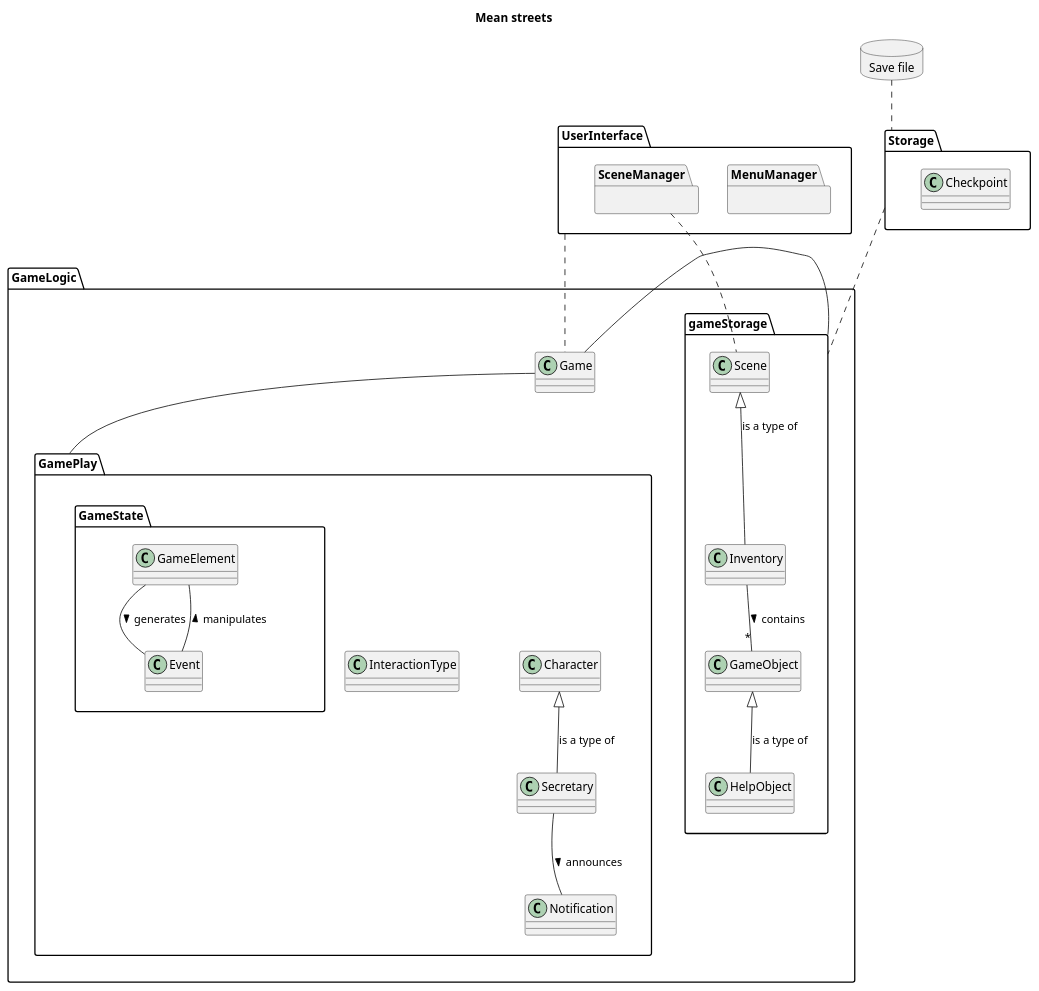
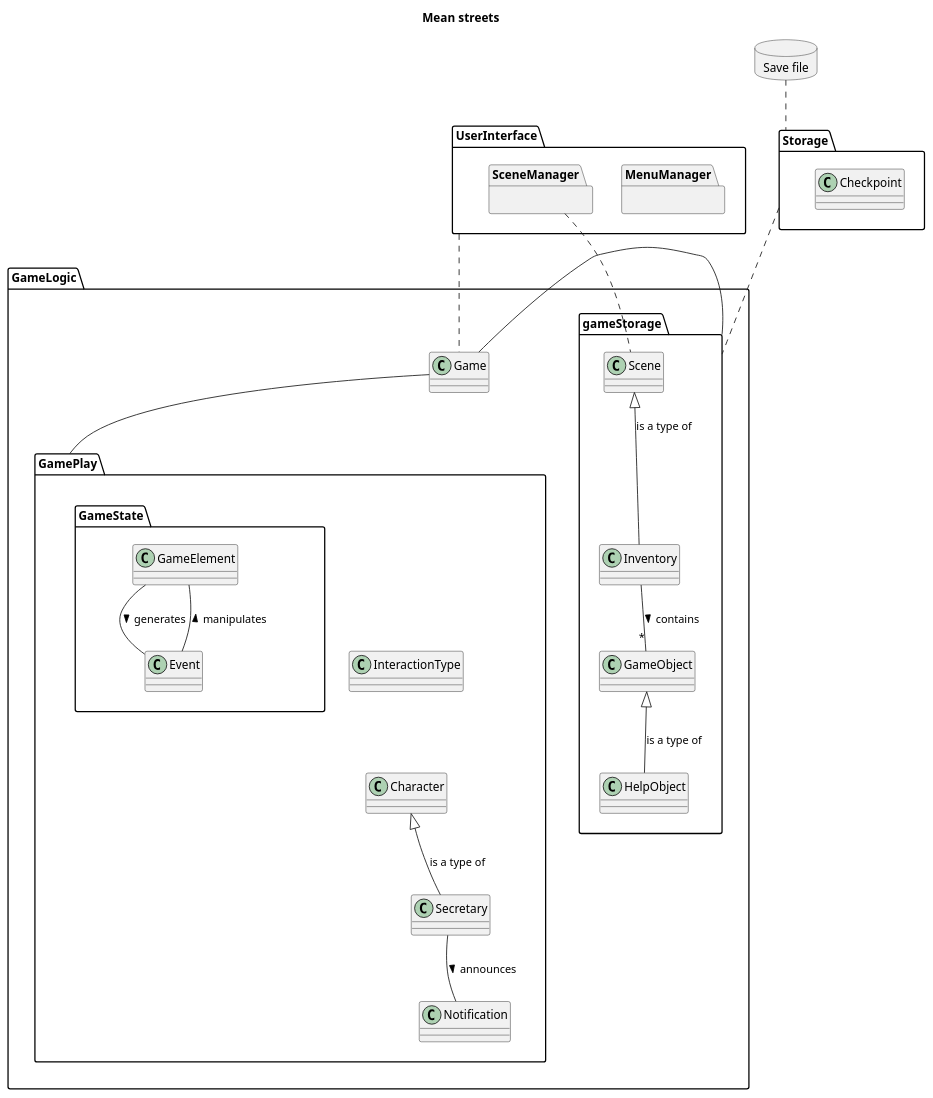
Before and after one commit to NoahHakansson/SE-PA1460: the diagram in architectDiagram.pu, drawn with PlantUML.

Commit message:
Interaction type is above Char

```diff
--- a/architectDiagram.pu
+++ b/architectDiagram.pu
@@ -1,61 +1,62 @@
 @startuml
 title Mean streets
 top to bottom direction
 database "Save file" {
 }
 package UserInterface {
     package MenuManager {}
     package SceneManager {}
 }
 
 package GameLogic {
     class Game
     package gameStorage {
         class Inventory
         class GameObject
         class HelpObject
         class Scene
     }
 
 
     package GamePlay {
         class InteractionType
         class Secretary
         class Character
         class Notification
         package GameState {
             class GameElement
             class Event
         }
     }
 }
 
 package Storage {
     class Checkpoint
 }
 
 "Save file".. Storage
 UserInterface .. Game
 SceneManager .. Scene
 
 Storage .. gameStorage
 
 InteractionType -[hidden]up- GameState
 Character -[hidden]up- GameState
 Secretary -[hidden]up- GameState
 Notification -[hidden]up- GameState
+InteractionType -[hidden]down- Character
 
 Game - gameStorage
 Game -- GamePlay
 
 Character <|-- Secretary : is a type of
 Scene <|-- Inventory : is a type of
 Inventory -- "*" GameObject : contains >
 
 Secretary -- Notification : announces >
 GameObject <|-- HelpObject : is a type of
 
 GameElement -- Event : generates >
 Event -- GameElement : manipulates >
 
 @enduml
```
